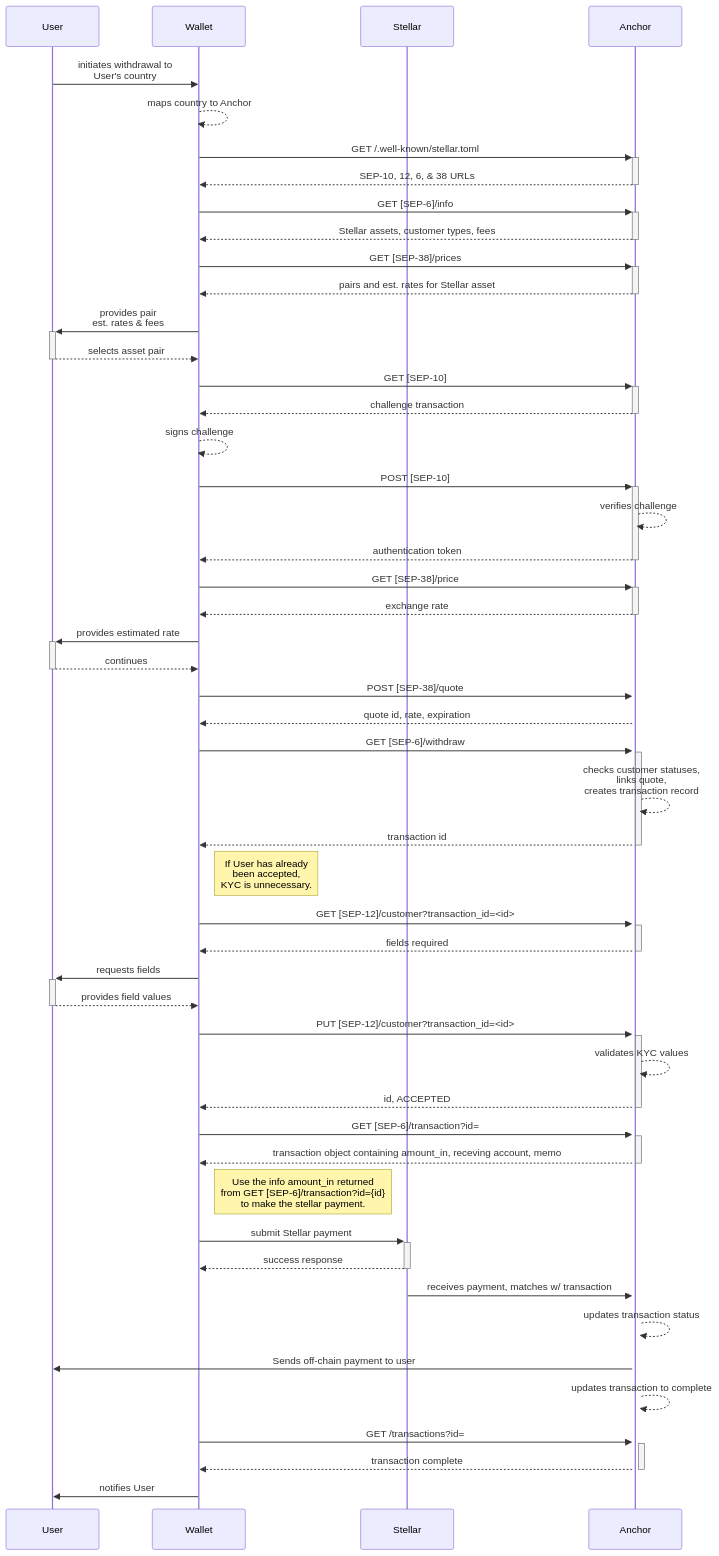
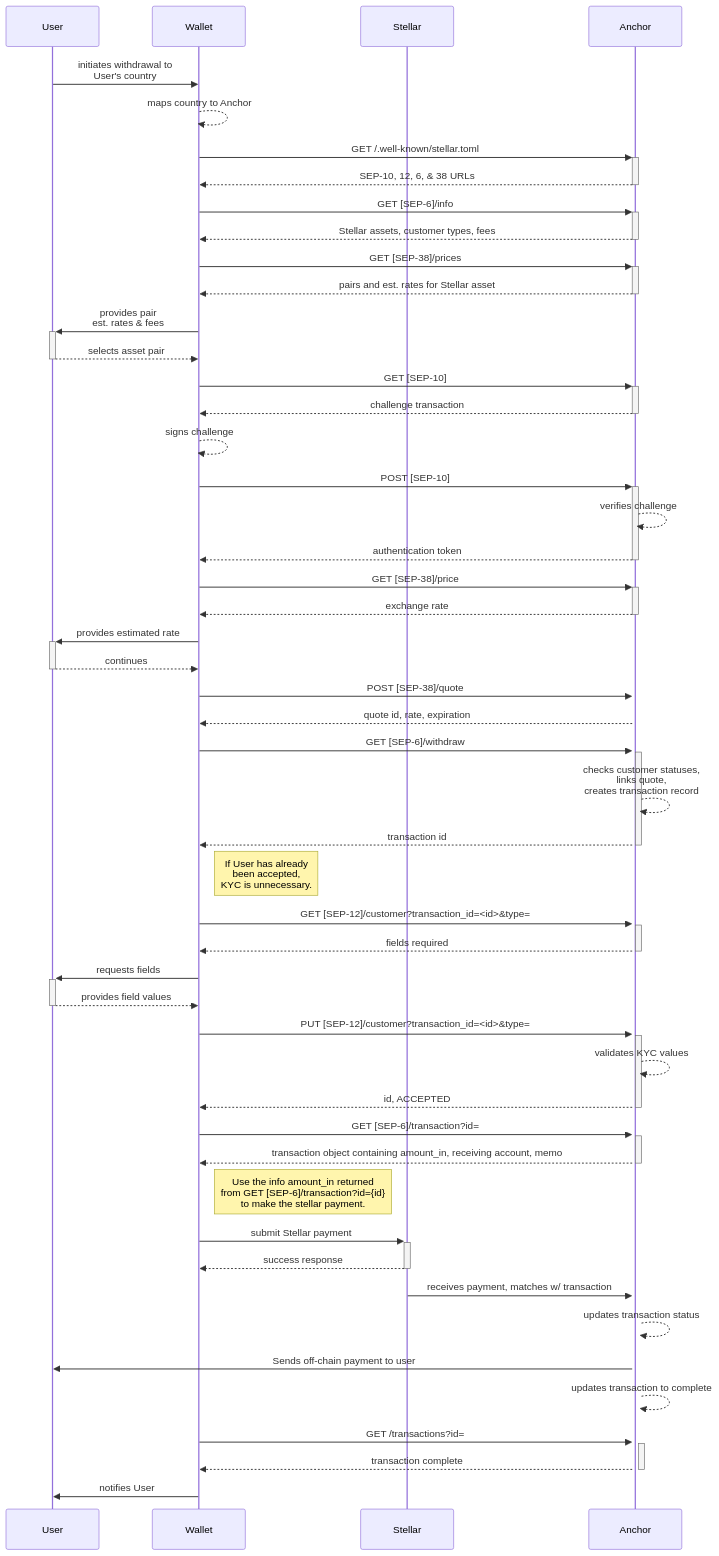
The diagram in ecosystem/sep-0006.md (stellar/stellar-protocol), drawn with Mermaid before and after one commit. The commit also changed 2 other files, not shown here.

Commit message:
address comments

````diff
--- a/ecosystem/sep-0006.md
+++ b/ecosystem/sep-0006.md
@@ -51,61 +51,61 @@
 ```mermaid
 sequenceDiagram
     participant User
     participant Wallet
     participant Stellar
     participant Anchor
     User->>Wallet: initiates withdrawal to <br> User's country
     Wallet-->>Wallet: maps country to Anchor
 
     Wallet->>+Anchor: GET /.well-known/stellar.toml
     Anchor-->>-Wallet: SEP-10, 12, 6, & 38 URLs
     Wallet->>+Anchor: GET [SEP-6]/info
     Anchor-->>-Wallet: Stellar assets, customer types, fees
     Wallet->>+Anchor: GET [SEP-38]/prices
     Anchor-->>-Wallet: pairs and est. rates for Stellar asset
 
     Wallet->>+User: provides pair <br> est. rates & fees
     User-->>-Wallet: selects asset pair
 
     Wallet->>+Anchor: GET [SEP-10]
     Anchor-->>-Wallet: challenge transaction
     Wallet-->>Wallet: signs challenge
     Wallet->>+Anchor: POST [SEP-10]
     Anchor-->>Anchor: verifies challenge
     Anchor-->>-Wallet: authentication token
 
     Wallet->>+Anchor: GET [SEP-38]/price
     Anchor-->>-Wallet: exchange rate
     Wallet->>+User: provides estimated rate
     User-->>-Wallet: continues
     Wallet->>+Anchor: POST [SEP-38]/quote
     Anchor-->>Wallet: quote id, rate, expiration
 
     Wallet->>+Anchor: GET [SEP-6]/withdraw
     Anchor-->>Anchor: checks customer statuses, <br> links quote, <br> creates transaction record
     Anchor-->>-Wallet: transaction id
 
     note right of Wallet: If User has already <br> been accepted, <br> KYC is unnecessary.
-    Wallet->>+Anchor: GET [SEP-12]/customer?transaction_id=<id>
+    Wallet->>+Anchor: GET [SEP-12]/customer?transaction_id=<id>&type=
     Anchor-->>-Wallet: fields required
     Wallet->>+User: requests fields
     User-->>-Wallet: provides field values
-    Wallet->>+Anchor: PUT [SEP-12]/customer?transaction_id=<id>
+    Wallet->>+Anchor: PUT [SEP-12]/customer?transaction_id=<id>&type=
     Anchor-->>Anchor: validates KYC values
     Anchor-->>-Wallet: id, ACCEPTED
 
     Wallet->>+Anchor: GET [SEP-6]/transaction?id=
-    Anchor-->>-Wallet: transaction object containing amount_in, receving account, memo
+    Anchor-->>-Wallet: transaction object containing amount_in, receiving account, memo
     note right of Wallet: Use the info amount_in returned <br> from GET [SEP-6]/transaction?id={id} <br> to make the stellar payment.
 
     Wallet->>+Stellar: submit Stellar payment
     Stellar-->>-Wallet: success response
     Stellar->>+Anchor: receives payment, matches w/ transaction
     Anchor-->>Anchor: updates transaction status
 
     Anchor->>User: Sends off-chain payment to user
     Anchor-->>Anchor: updates transaction to complete
     Wallet->>+Anchor: GET /transactions?id=
     Anchor-->>-Wallet: transaction complete
     Wallet->>User: notifies User
 ```
````
